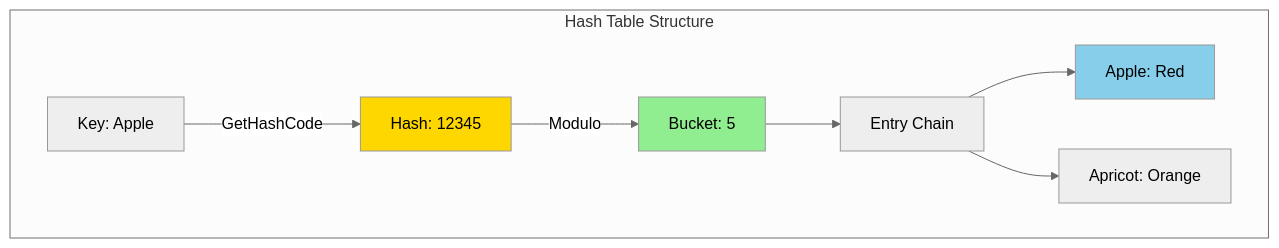
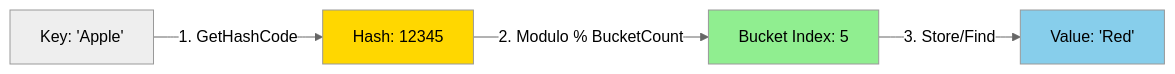
One commit to NguyenPhamCode4You/ai-home-lab-docker-compose changed the fourth of 5 diagrams in C# fundamentals/day07-collections.md. Above: the diagram before and after it, drawn with Mermaid (neutral theme). The commit also changed other lines of this file, not shown here.

````diff
--- a/C# fundamentals/day07-collections.md
+++ b/C# fundamentals/day07-collections.md
@@ -340,14 +394,10 @@
 ```mermaid
-graph TB
-    subgraph "Hash Table Structure"
-        A[Key: Apple] -->|GetHashCode| B[Hash: 12345]
-        B -->|Modulo| C[Bucket: 5]
-        C --> D[Entry Chain]
-        D --> E[Apple: Red]
-        D --> F[Apricot: Orange]
-    end
+graph LR
+    A["Key: 'Apple'"] -->|1. GetHashCode| B[Hash: 12345]
+    B -->|2. Modulo % BucketCount| C[Bucket Index: 5]
+    C -->|3. Store/Find| D["Value: 'Red'"]
 
     style B fill:#FFD700
     style C fill:#90EE90
-    style E fill:#87CEEB
+    style D fill:#87CEEB
 ```
````
